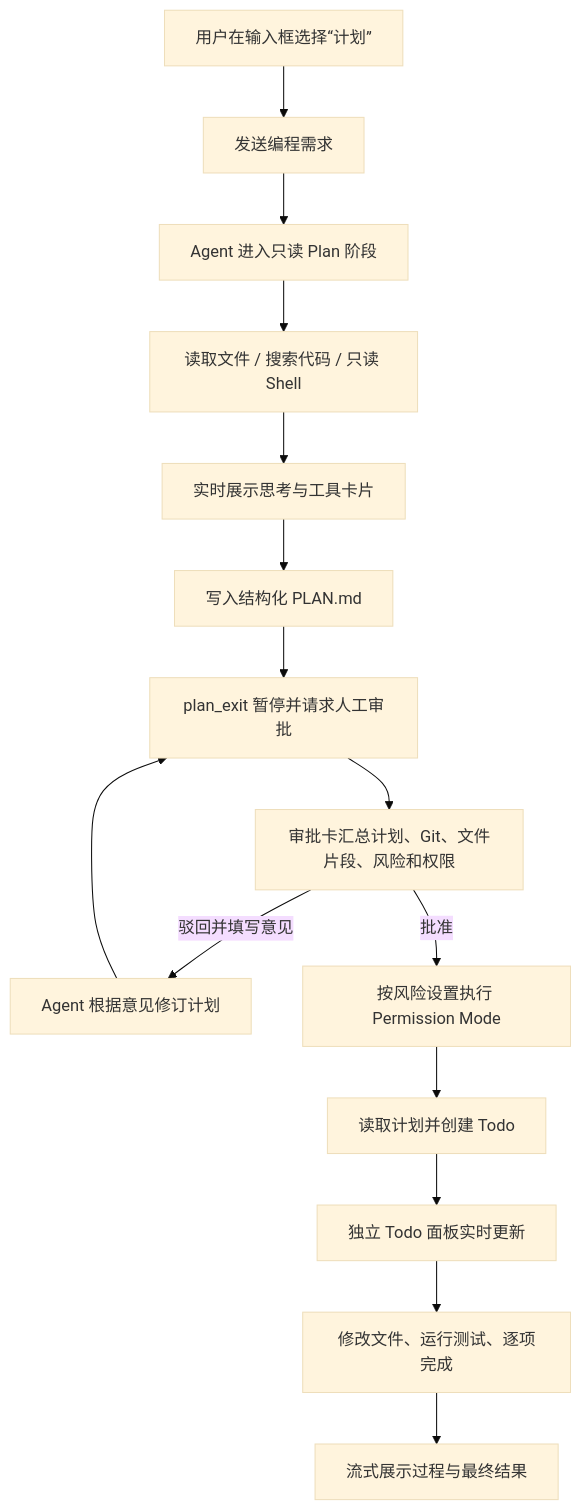
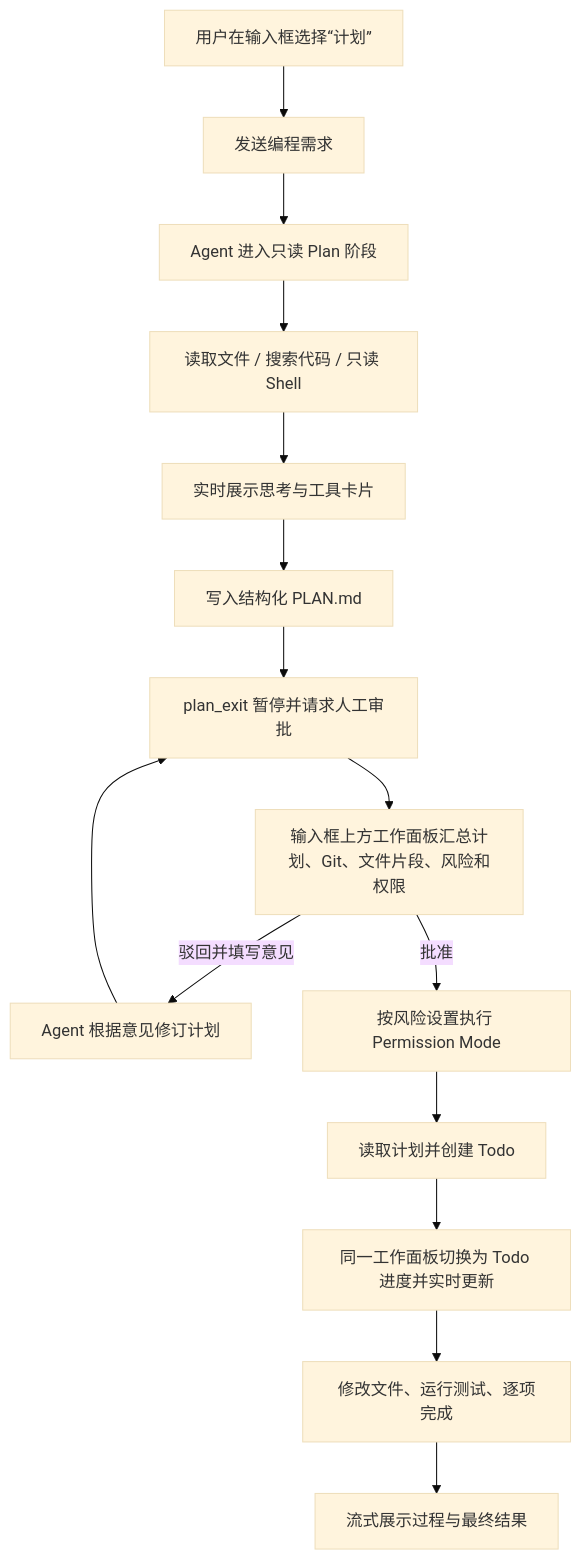
Before and after one commit to spring-ai-alibaba/copilot: the diagram in AgentScope_PlanMode_成果介绍与演示手册.md, drawn with Mermaid (base theme). The commit also changed other lines of this file and 13 other files, not shown here.

````diff
--- a/AgentScope_PlanMode_成果介绍与演示手册.md
+++ b/AgentScope_PlanMode_成果介绍与演示手册.md
@@ -34,17 +34,17 @@
 ```mermaid
 flowchart TD
     A["用户在输入框选择“计划”"] --> B["发送编程需求"]
     B --> C["Agent 进入只读 Plan 阶段"]
     C --> D["读取文件 / 搜索代码 / 只读 Shell"]
     D --> E["实时展示思考与工具卡片"]
     E --> F["写入结构化 PLAN.md"]
     F --> G["plan_exit 暂停并请求人工审批"]
-    G --> H["审批卡汇总计划、Git、文件片段、风险和权限"]
+    G --> H["输入框上方工作面板汇总计划、Git、文件片段、风险和权限"]
     H -->|驳回并填写意见| I["Agent 根据意见修订计划"]
     I --> G
     H -->|批准| J["按风险设置执行 Permission Mode"]
     J --> K["读取计划并创建 Todo"]
-    K --> L["独立 Todo 面板实时更新"]
+    K --> L["同一工作面板切换为 Todo 进度并实时更新"]
     L --> M["修改文件、运行测试、逐项完成"]
     M --> N["流式展示过程与最终结果"]
 ```
````
